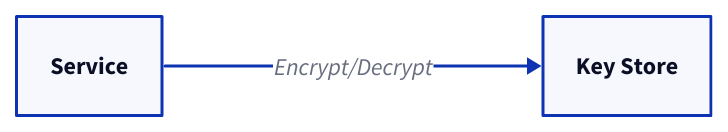
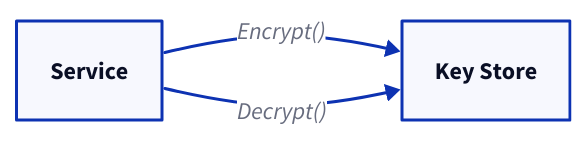
Before and after one commit to link1905/system-design-101: the ninth of 11 diagrams in content/docs/system-administration/system-protection/data-security.md, drawn with D2. The commit also changed other lines of this file and 49 other files, not shown here.

````diff
--- a/content/docs/system-administration/system-protection/data-security.md
+++ b/content/docs/system-administration/system-protection/data-security.md
@@ -539,10 +536,11 @@
 ```d2
 direction: right
 s: Service {
     class: server
 }
 k: Key Store {
     class: pri-key
 }
-s -> k: Encrypt/Decrypt
+s -> k: Encrypt()
+s -> k: Decrypt()
 ```
````
